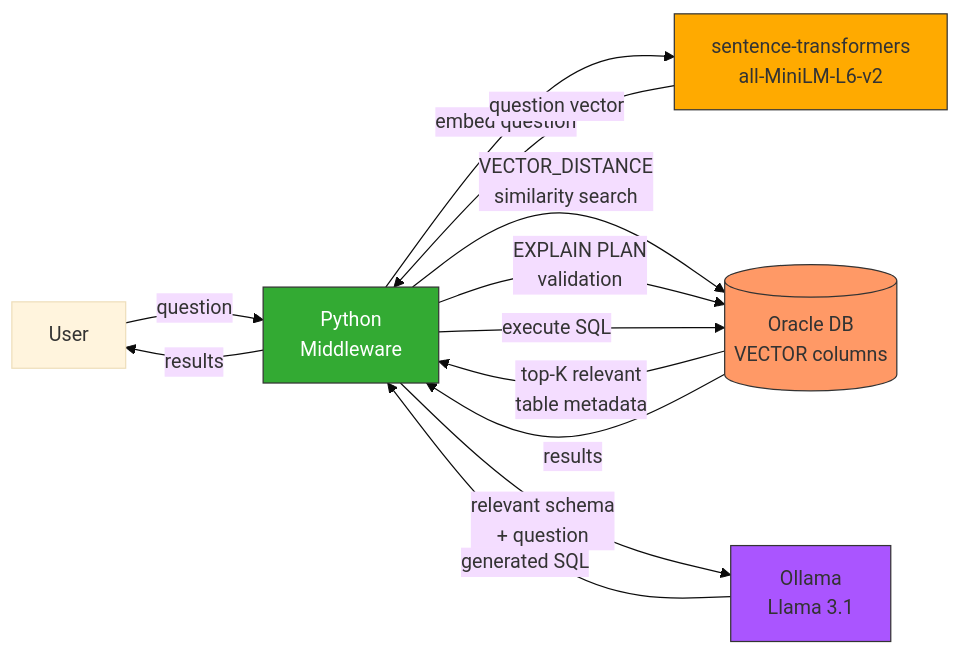
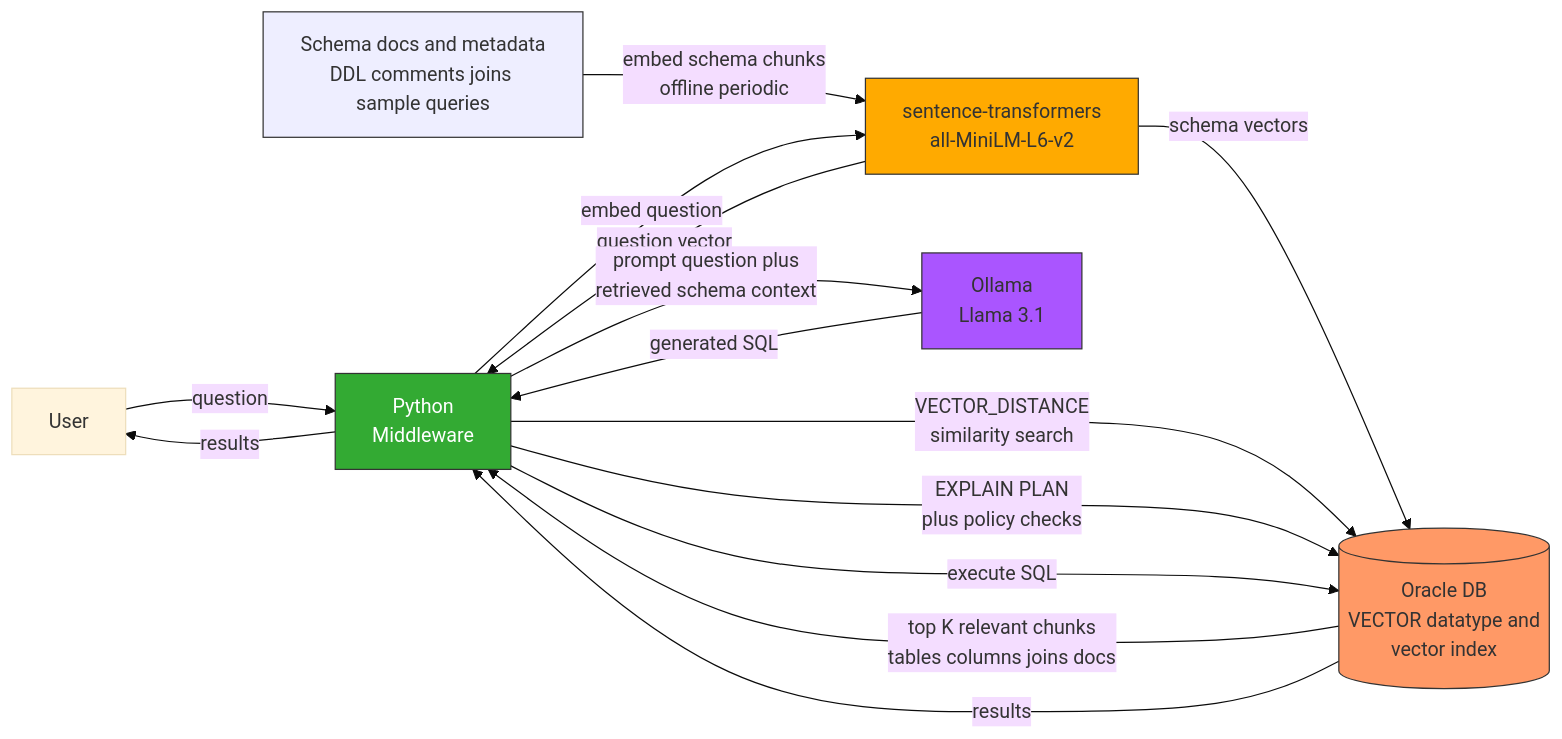
The fourth of 4 diagrams in README.md (abuckenhofer/text2sql-oracle), drawn with Mermaid (base theme) before and after one commit.

Commit message:
RAG diagram adjusted

````diff
--- a/README.md
+++ b/README.md
@@ -68,23 +68,29 @@
 ```mermaid
 flowchart LR
     U[User] -->|question| PY[Python<br/>Middleware]
 
-    PY -->|embed question| EMB[sentence-transformers<br/>all-MiniLM-L6-v2]
+    %% Offline / periodic indexing (build the vector store)
+    SCHEMA[Schema docs and metadata<br/>DDL comments joins sample queries] -->|embed schema chunks<br/>offline periodic| EMB[sentence-transformers<br/>all-MiniLM-L6-v2]
+    EMB -->|schema vectors| ORA[(Oracle DB<br/>VECTOR datatype and<br/>vector index)]
+
+    %% Online query flow
+    PY -->|embed question| EMB
     EMB -->|question vector| PY
 
-    PY -->|VECTOR_DISTANCE<br/>similarity search| ORA[(Oracle DB<br/>VECTOR columns)]
-    ORA -->|top-K relevant<br/>table metadata| PY
+    PY -->|VECTOR_DISTANCE<br/>similarity search| ORA
+    ORA -->|top K relevant chunks<br/>tables columns joins docs| PY
 
-    PY -->|relevant schema<br/>+ question| LLM[Ollama<br/>Llama 3.1]
+    PY -->|prompt question plus<br/>retrieved schema context| LLM[Ollama<br/>Llama 3.1]
     LLM -->|generated SQL| PY
 
-    PY -->|EXPLAIN PLAN<br/>validation| ORA
+    PY -->|EXPLAIN PLAN<br/>plus policy checks| ORA
     PY -->|execute SQL| ORA
     ORA -->|results| PY
     PY -->|results| U
 
     style PY fill:#3a3,stroke:#333,color:#fff
     style EMB fill:#fa0,stroke:#333
     style LLM fill:#a5f,stroke:#333
     style ORA fill:#f96,stroke:#333
+    style SCHEMA fill:#eef,stroke:#333
 ```
````
